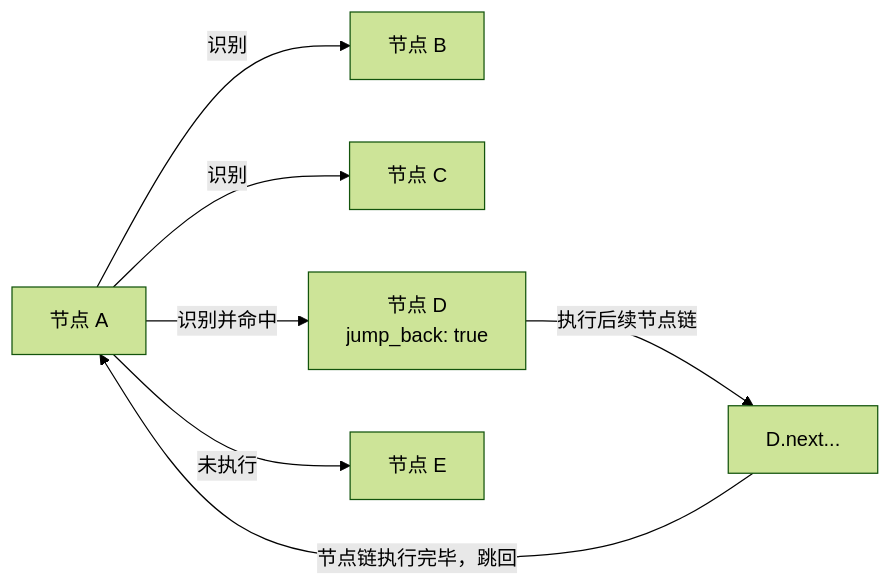
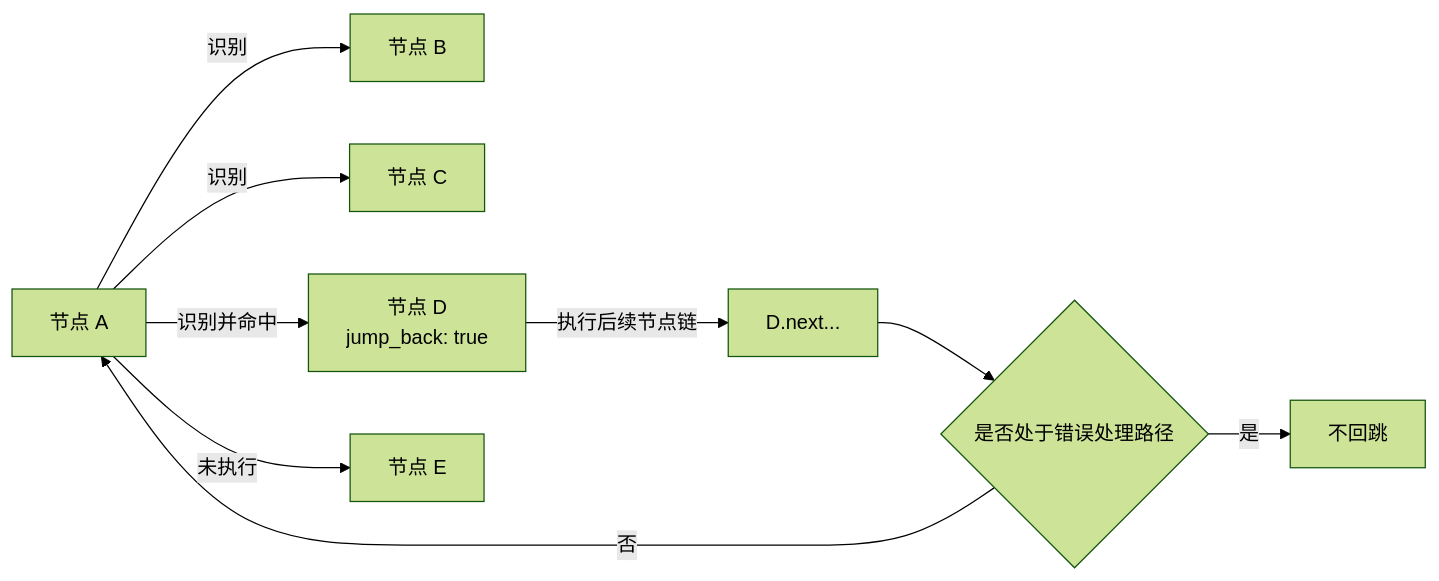
The fifth of 5 diagrams in docs/zh_cn/3.1-任务流水线协议.md (MaaXYZ/MaaFramework), drawn with Mermaid (forest theme) before and after one commit. The commit also changed other lines of this file, not shown here.

````diff
--- a/docs/zh_cn/3.1-任务流水线协议.md
+++ b/docs/zh_cn/3.1-任务流水线协议.md
@@ -1413,9 +1467,11 @@
 ```mermaid
 graph LR
     A[节点 A] -->|识别| B[节点 B]
     A -->|识别| C[节点 C]
     A -->|识别并命中| D[节点 D<br/>jump_back: true]
     A -->|未执行| E[节点 E]
     D -->|执行后续节点链| F[D.next...]
-    F -->|节点链执行完毕，跳回| A
+    F --> G{是否处于错误处理路径}
+    G -->|否| A
+    G -->|是| H[不回跳]
 ```
````
